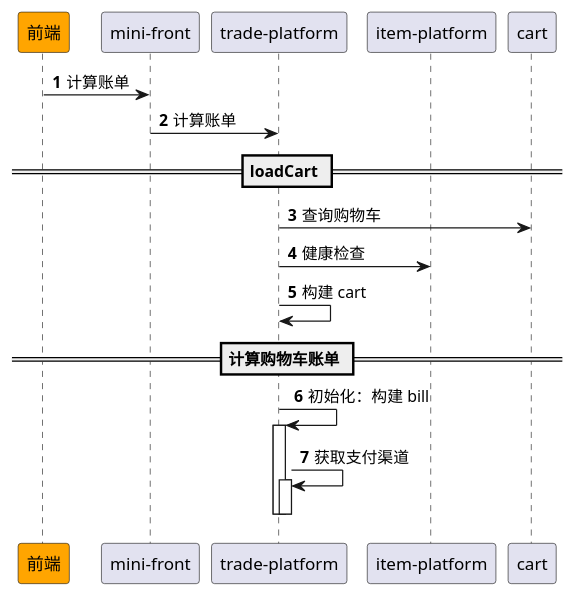
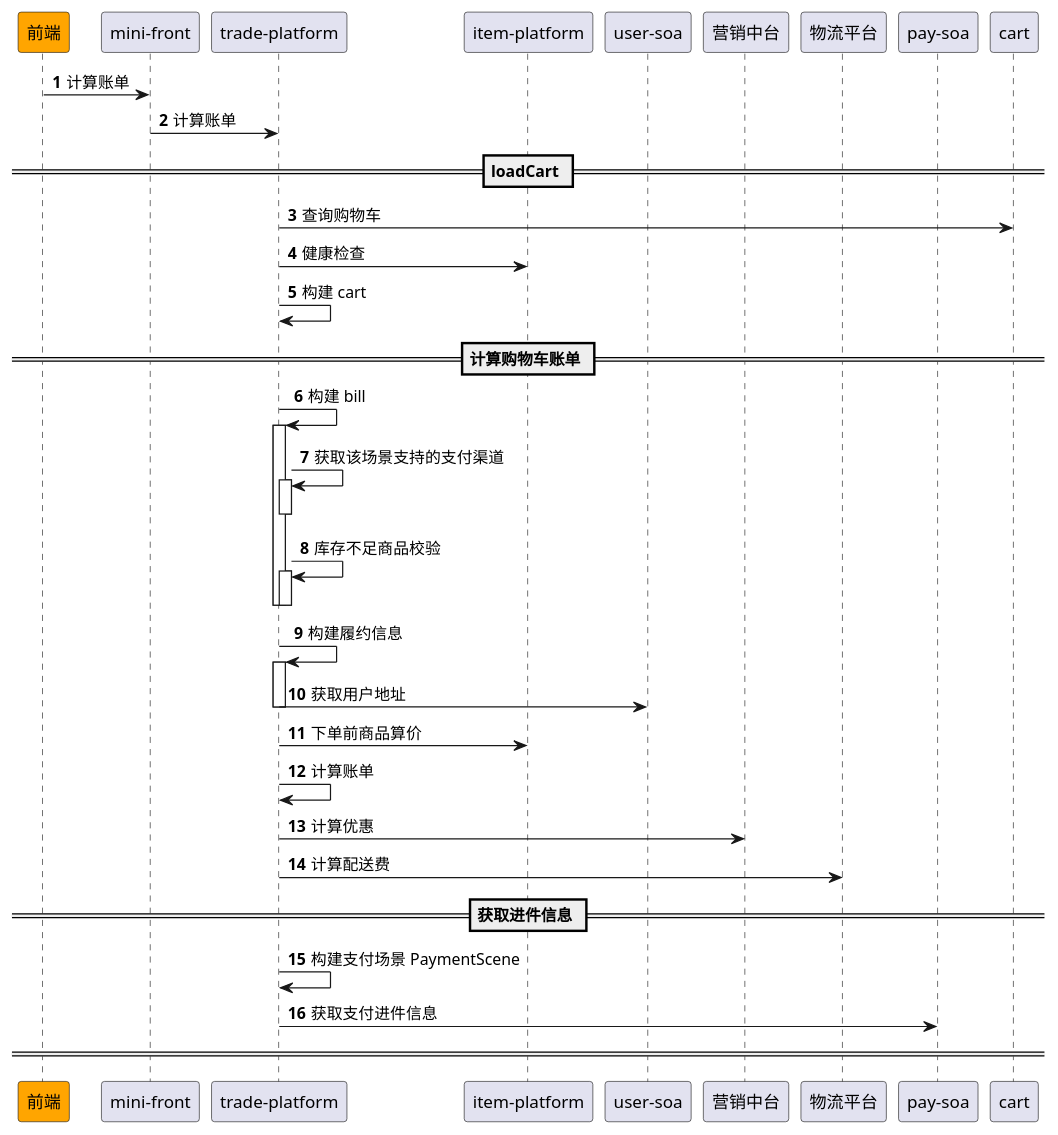
One commit to awesomecat2020/mock-mall changed the diagram in doc/Sequence/购物车下单/2.下单前计算账单.puml. Above: the diagram before and after it, drawn with PlantUML.

Commit message:
feat Sequence/购物车下单/2.下单前计算账单:完善账单计算和支付流程
- 增加用户地址

```diff
--- a/doc/Sequence/购物车下单/2.下单前计算账单.puml
+++ b/doc/Sequence/购物车下单/2.下单前计算账单.puml
@@ -1,32 +1,60 @@
 @startuml
 'https://plantuml.com/sequence-diagram
 
 participant "前端" as f #orange
 participant "mini-front" as mf
 participant "trade-platform" as tp
 participant "item-platform" as ip
+participant "user-soa" as u
+participant "营销中台" as pp
+participant "物流平台" as  l
+participant "pay-soa" as p
 
 autonumber
 
 
 f -> mf: 计算账单
 mf -> tp: 计算账单
 
 == loadCart ==
 ' userId、cartTime
 tp -> cart: 查询购物车
 tp -> ip: 健康检查
 tp -> tp: 构建 cart
 
 == 计算购物车账单 ==
-tp -> tp: 初始化：构建 bill
+tp -> tp: 构建 bill
 activate tp
 ' 会员卡支付/第三方支付（微信/支付宝）
-tp -> tp: 获取支付渠道
+tp -> tp: 获取该场景支持的支付渠道
+activate tp
+deactivate tp
+tp -> tp: 库存不足商品校验
 activate tp
 deactivate tp
 deactivate tp
 
+tp -> tp: 构建履约信息
+activate tp
+tp -> u: 获取用户地址
+deactivate tp
 
+tp -> ip: 下单前商品算价
+' 原始总金额 = SUM(商品原价)
+' 折后总金额 = SUM(商品折后价)
+' 原始应收 = 原始总金额 + 配送费 + 税费 + ...
+' 折后应收 = 折后总金额 + 配送费 + 税费 + 其他费用 ...
+' 最终应收 = 折后应收 - SUM(各类优惠券、优惠活动、第三方优惠券等优惠手段)
+' 已付金额 = SUM(pay.fee)
+' 还需支付 = 最终应收 - 已付金额
+tp -> tp: 计算账单
+tp -> pp: 计算优惠
+tp -> l: 计算配送费
+
+== 获取进件信息 ==
+tp -> tp: 构建支付场景 PaymentScene
+tp -> p: 获取支付进件信息
+
+====
 
 @enduml
```
